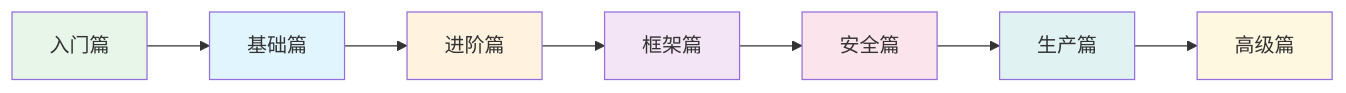
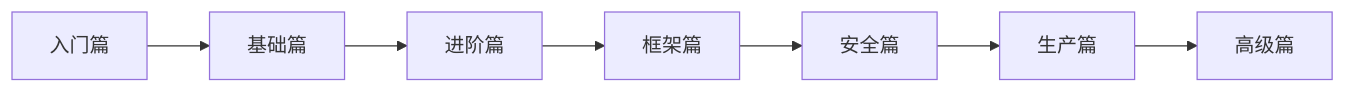
The first of 2 diagrams in README-zh.md (yuexiaoliang/prompt-engineering-learning), drawn with Mermaid before and after one commit. The commit also changed 9 other files, not shown here.

First line of the commit message:
fix(prompt-engineering): remove hardcoded mermaid fill styles for theme auto-adaptation

````diff
--- a/README-zh.md
+++ b/README-zh.md
@@ -19,17 +19,9 @@
 ```mermaid
 flowchart LR
     A[入门篇] --> B[基础篇]
     B --> C[进阶篇]
     C --> D[框架篇]
     D --> E[安全篇]
     E --> F[生产篇]
     F --> G[高级篇]
-    
-    style A fill:#e8f5e9
-    style B fill:#e1f5fe
-    style C fill:#fff3e0
-    style D fill:#f3e5f5
-    style E fill:#fce4ec
-    style F fill:#e0f2f1
-    style G fill:#fff8e1
 ```
````
